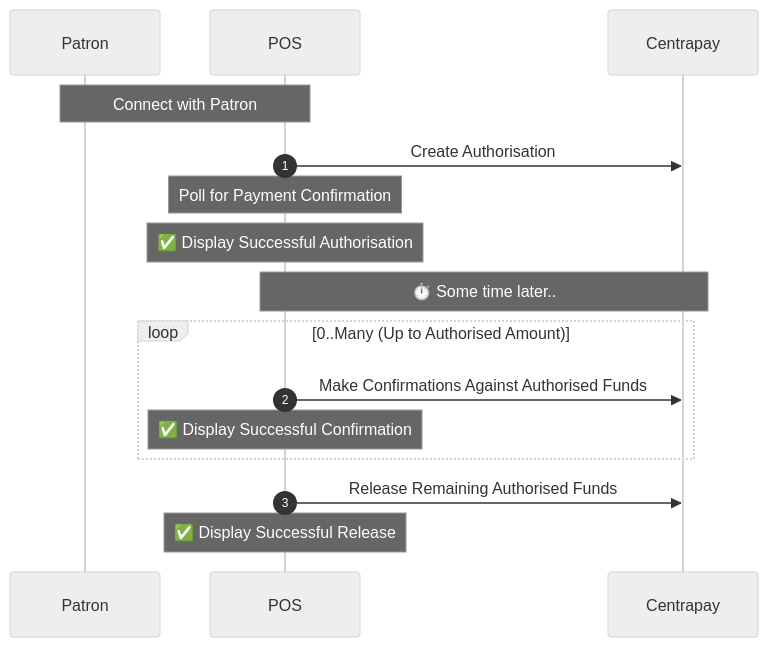
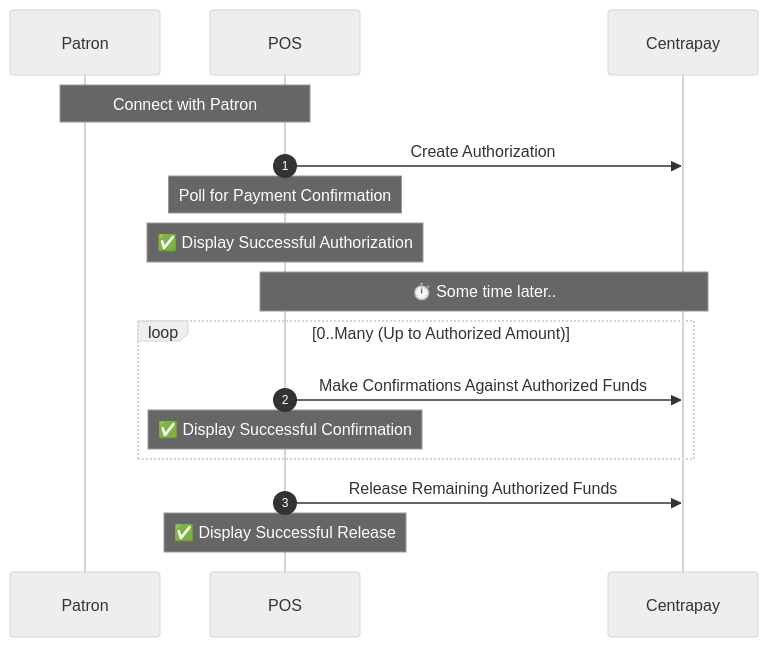
One commit to centrapay/centrapay-docs changed the first of 4 diagrams in content/guides/requesting-pre-auth.md. Above: the diagram before and after it, drawn with Mermaid (neutral theme). The commit also changed other lines of this file and 4 other files, not shown here.

````diff
--- a/content/guides/requesting-pre-auth.md
+++ b/content/guides/requesting-pre-auth.md
@@ -20,25 +20,25 @@
 ```mermaid
 sequenceDiagram
 	autonumber
 
 	participant Patron
 	participant POS
 	participant Centrapay
 
 	note over Patron, POS: Connect with Patron
-	POS->>Centrapay: Create Authorisation
+	POS->>Centrapay: Create Authorization
 
 	note over POS: Poll for Payment Confirmation
 
-	note over POS: ✅ Display Successful Authorisation
+	note over POS: ✅ Display Successful Authorization
 
 	note over POS, Centrapay: ⏱️ Some time later..
 
-	loop 0..Many (Up to Authorised Amount)
-		POS->>Centrapay: Make Confirmations Against Authorised Funds
+	loop 0..Many (Up to Authorized Amount)
+		POS->>Centrapay: Make Confirmations Against Authorized Funds
 		note over POS: ✅ Display Successful Confirmation
 	end
 
-	POS->>Centrapay: Release Remaining Authorised Funds
+	POS->>Centrapay: Release Remaining Authorized Funds
 	note over POS: ✅ Display Successful Release
 ```
````
